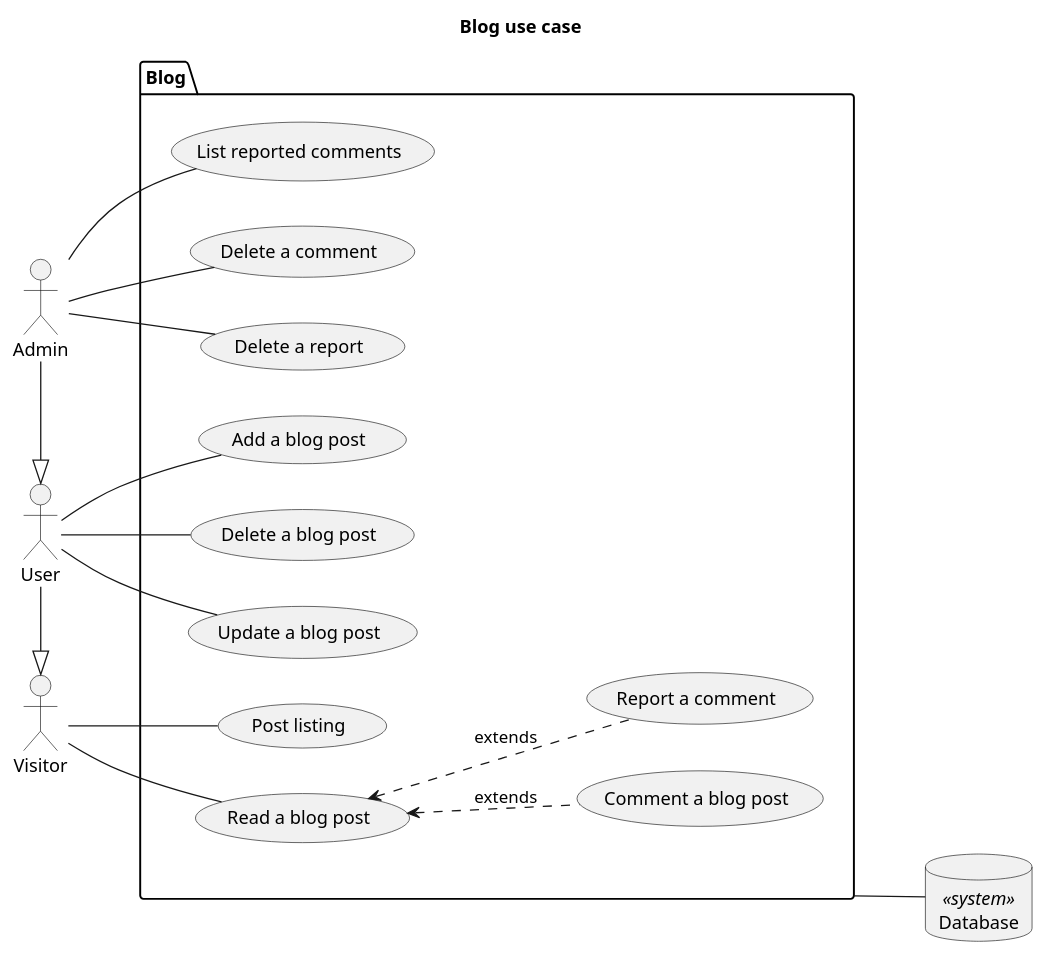
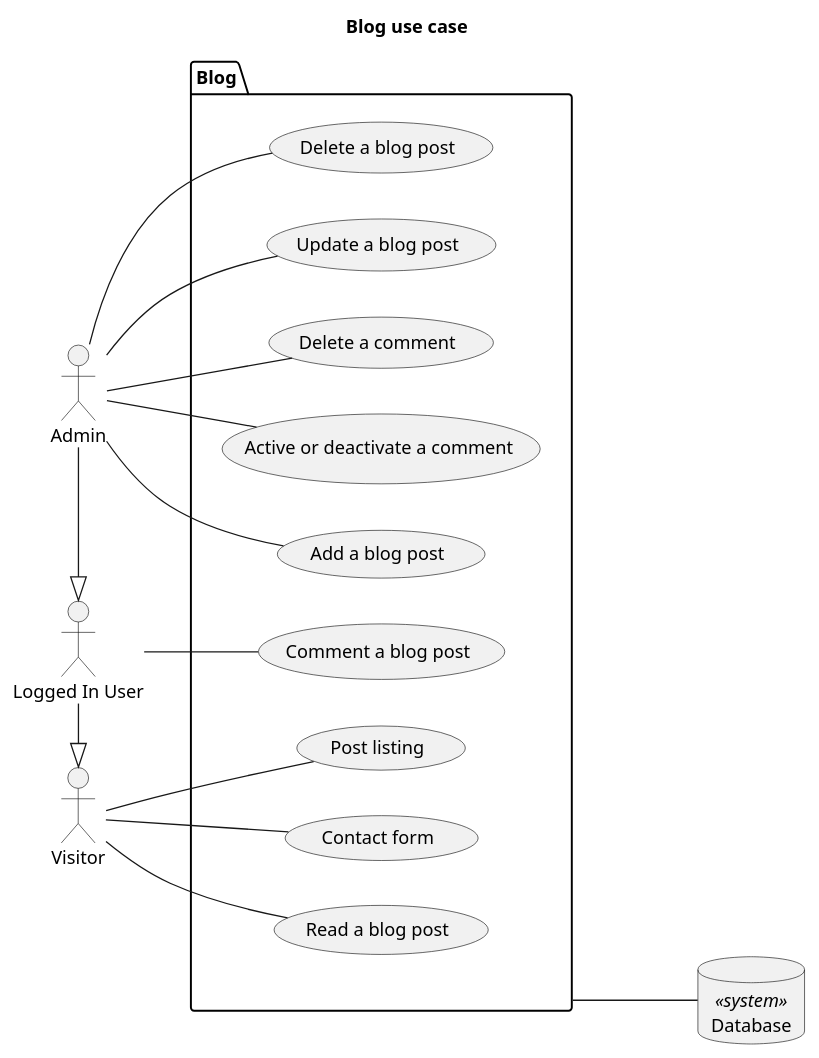
Before and after one commit to acecconato/AnthonyCecconato_5_18102021: the diagram in docs/puml/usecase/blog.puml, drawn with PlantUML. The commit also changed 46 other files, not shown here.

```diff
--- a/docs/puml/usecase/blog.puml
+++ b/docs/puml/usecase/blog.puml
@@ -1,49 +1,46 @@
 @startuml
 left to right direction
 
 title Blog use case
 
 '  Actors
 actor Admin
-actor User
+actor "Logged In User" as User
 actor Visitor
 
 ' <<system>>
 Database Database <<system>>
 
 ' Package definition
 package Blog {
     usecase "Post listing" as PostListing
     usecase "Add a blog post" as AddBlogPost
     usecase "Delete a blog post" as DeleteBlogPost
     usecase "Update a blog post" as UpdateBlogPost
     usecase "Read a blog post" as ReadBlogPost
+    usecase "Delete a comment" as DeleteComment
     usecase "Comment a blog post" as CommentBlogPost
-    usecase "List reported comments" as ListReportedComments
-    usecase "Delete a comment" as DeleteComment
-    usecase "Delete a report" as DeleteReport
-    usecase "Report a comment" as ReportComment
+    usecase "Contact form" as ContactForm
+    usecase "Active or deactivate a comment" as toggleComment
 }
-
-' Extends
-ReadBlogPost <.. CommentBlogPost : extends
-ReadBlogPost <.. ReportComment : extends
 
 ' Relations
 Admin -|> User
 User -|> Visitor
 
 Visitor -- ReadBlogPost
 Visitor -- PostListing
+Visitor -- ContactForm
 
-User -- AddBlogPost
-User -- DeleteBlogPost
-User -- UpdateBlogPost
+User -- CommentBlogPost
 
-Admin -- ListReportedComments
+Admin -- AddBlogPost
+Admin -- DeleteBlogPost
+Admin -- UpdateBlogPost
+Admin -- toggleComment
+
 Admin -- DeleteComment
-Admin -- DeleteReport
 
 Blog --- Database
 
 @enduml
```
